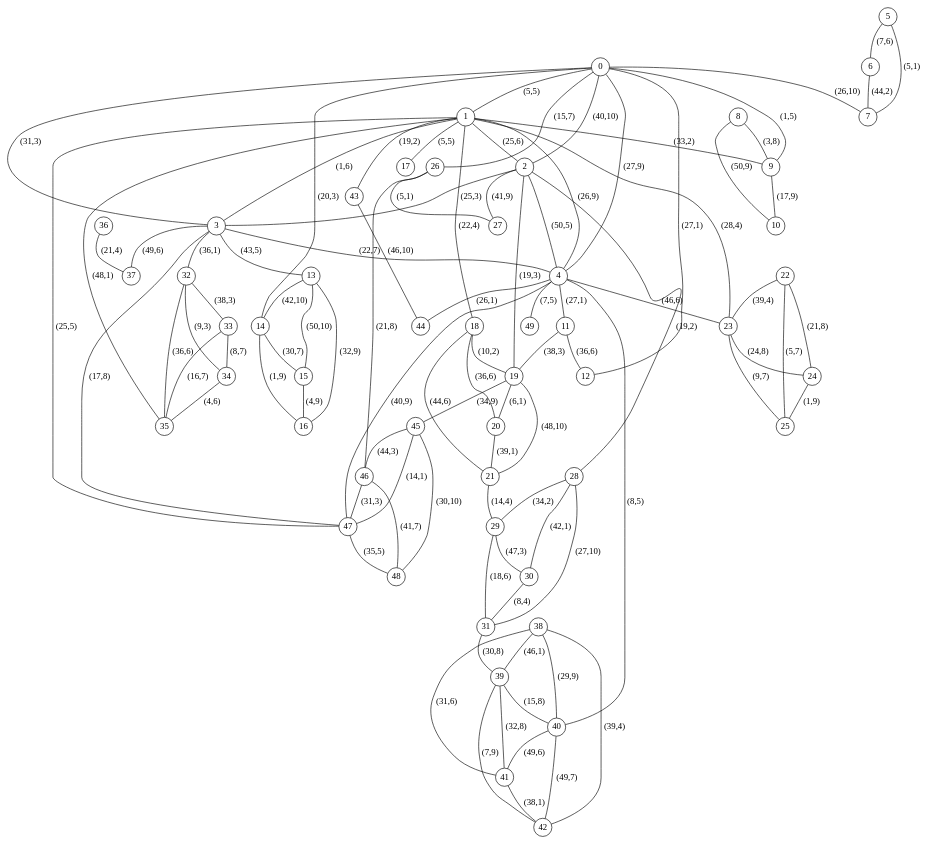
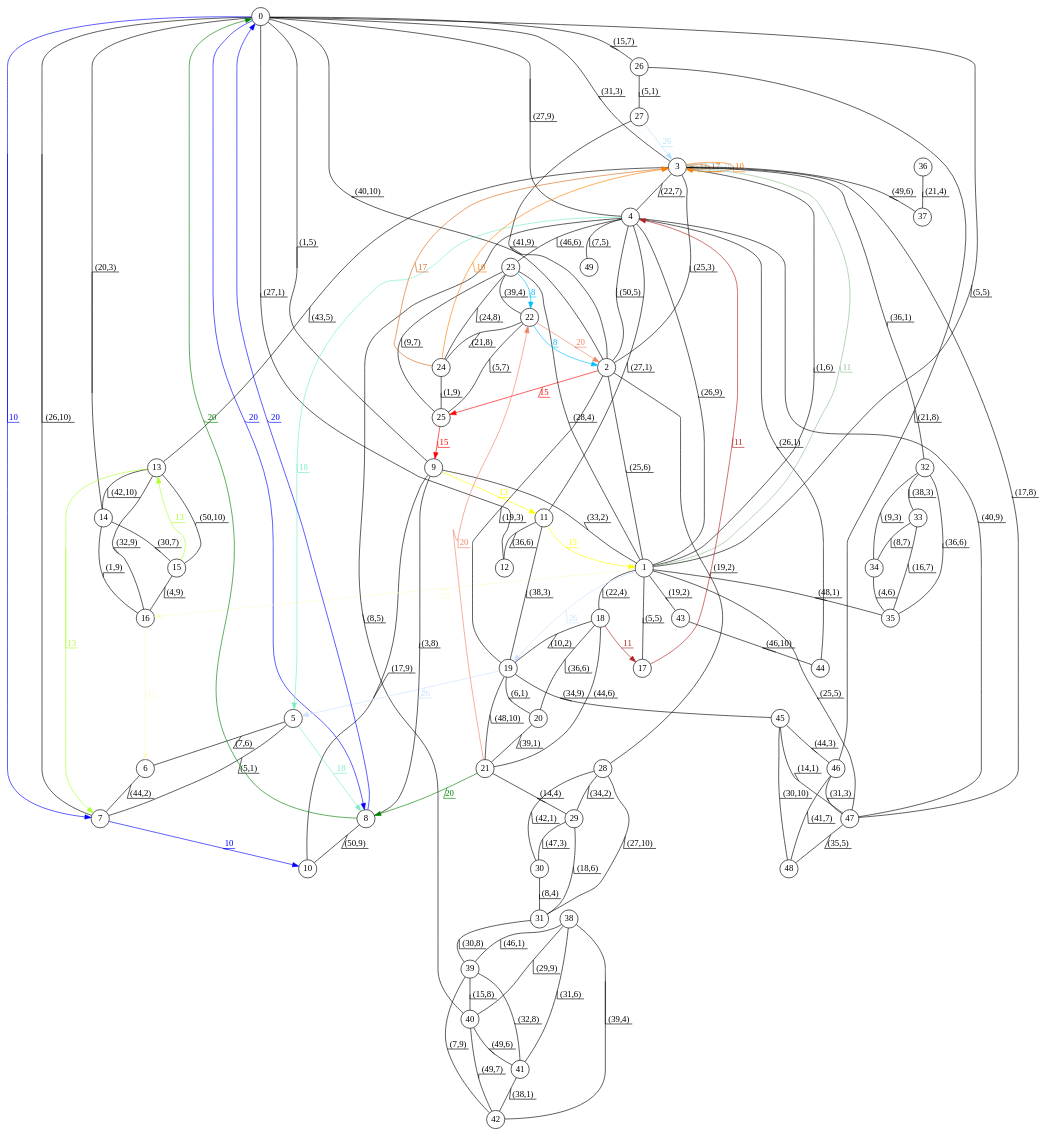
The diagram in ServerLayout/gvTest.dot (Chaomin702/ServerLayout), drawn with Graphviz before and after one commit. The commit also changed 3 other files, not shown here.

Commit message:
graphviz graph

```diff
--- a/ServerLayout/gvTest.dot
+++ b/ServerLayout/gvTest.dot
@@ -1,149 +1,198 @@
 digraph G {
 node [shape=circle,fixedsize=true,width=0.4];
+edge [decorate = true];
 0 -> 26[dir=none label="(15,7)"];
 0 -> 14[dir=none label="(20,3)"];
 0 -> 12[dir=none label="(27,1)"];
 0 -> 9[dir=none label="(1,5)"];
 0 -> 7[dir=none label="(26,10)"];
 0 -> 1[dir=none label="(5,5)"];
 0 -> 2[dir=none label="(40,10)"];
 0 -> 3[dir=none label="(31,3)"];
 0 -> 4[dir=none label="(27,9)"];
 
 1 -> 43[dir=none label="(19,2)"];
 1 -> 9[dir=none label="(33,2)"];
 1 -> 35[dir=none label="(48,1)"];
 1 -> 47[dir=none label="(25,5)"];
 1 -> 23[dir=none label="(28,4)"];
 1 -> 18[dir=none label="(22,4)"];
 1 -> 17[dir=none label="(5,5)"];
 1 -> 2[dir=none label="(25,6)"];
 1 -> 3[dir=none label="(1,6)"];
 1 -> 4[dir=none label="(26,9)"];
 
 2 -> 19[dir=none label="(19,3)"];
 2 -> 28[dir=none label="(19,2)"];
 2 -> 27[dir=none label="(41,9)"];
 2 -> 3[dir=none label="(25,3)"];
 2 -> 4[dir=none label="(50,5)"];
 
 3 -> 47[dir=none label="(17,8)"];
 3 -> 13[dir=none label="(43,5)"];
 3 -> 37[dir=none label="(49,6)"];
 3 -> 32[dir=none label="(36,1)"];
 3 -> 4[dir=none label="(22,7)"];
 
 4 -> 23[dir=none label="(46,6)"];
 4 -> 11[dir=none label="(27,1)"];
 4 -> 49[dir=none label="(7,5)"];
 4 -> 47[dir=none label="(40,9)"];
 4 -> 44[dir=none label="(26,1)"];
 4 -> 40[dir=none label="(8,5)"];
 
 5 -> 6[dir=none label="(7,6)"];
 5 -> 7[dir=none label="(5,1)"];
 
 6 -> 7[dir=none label="(44,2)"];
 
 
 8 -> 9[dir=none label="(3,8)"];
 8 -> 10[dir=none label="(50,9)"];
 
 9 -> 10[dir=none label="(17,9)"];
 
 
 11 -> 19[dir=none label="(38,3)"];
 11 -> 12[dir=none label="(36,6)"];
 
 
 13 -> 14[dir=none label="(42,10)"];
 13 -> 15[dir=none label="(50,10)"];
 13 -> 16[dir=none label="(32,9)"];
 
 14 -> 15[dir=none label="(30,7)"];
 14 -> 16[dir=none label="(1,9)"];
 
 15 -> 16[dir=none label="(4,9)"];
 
 
 
 18 -> 19[dir=none label="(10,2)"];
 18 -> 20[dir=none label="(36,6)"];
 18 -> 21[dir=none label="(44,6)"];
 
 19 -> 45[dir=none label="(34,9)"];
 19 -> 20[dir=none label="(6,1)"];
 19 -> 21[dir=none label="(48,10)"];
 
 20 -> 21[dir=none label="(39,1)"];
 
 21 -> 29[dir=none label="(14,4)"];
 
 22 -> 23[dir=none label="(39,4)"];
 22 -> 24[dir=none label="(21,8)"];
 22 -> 25[dir=none label="(5,7)"];
 
 23 -> 24[dir=none label="(24,8)"];
 23 -> 25[dir=none label="(9,7)"];
 
 24 -> 25[dir=none label="(1,9)"];
 
 
 26 -> 46[dir=none label="(21,8)"];
 26 -> 27[dir=none label="(5,1)"];
 
 
 28 -> 29[dir=none label="(34,2)"];
 28 -> 30[dir=none label="(42,1)"];
 28 -> 31[dir=none label="(27,10)"];
 
 29 -> 30[dir=none label="(47,3)"];
 29 -> 31[dir=none label="(18,6)"];
 
 30 -> 31[dir=none label="(8,4)"];
 
 31 -> 39[dir=none label="(30,8)"];
 
 32 -> 33[dir=none label="(38,3)"];
 32 -> 34[dir=none label="(9,3)"];
 32 -> 35[dir=none label="(36,6)"];
 
 33 -> 34[dir=none label="(8,7)"];
 33 -> 35[dir=none label="(16,7)"];
 
 34 -> 35[dir=none label="(4,6)"];
 
 
 36 -> 37[dir=none label="(21,4)"];
 
 
 38 -> 39[dir=none label="(46,1)"];
 38 -> 40[dir=none label="(29,9)"];
 38 -> 41[dir=none label="(31,6)"];
 38 -> 42[dir=none label="(39,4)"];
 
 39 -> 40[dir=none label="(15,8)"];
 39 -> 41[dir=none label="(32,8)"];
 39 -> 42[dir=none label="(7,9)"];
 
 40 -> 41[dir=none label="(49,6)"];
 40 -> 42[dir=none label="(49,7)"];
 
 41 -> 42[dir=none label="(38,1)"];
 
 
 43 -> 44[dir=none label="(46,10)"];
 
 
 45 -> 46[dir=none label="(44,3)"];
 45 -> 47[dir=none label="(14,1)"];
 45 -> 48[dir=none label="(30,10)"];
 
 46 -> 47[dir=none label="(31,3)"];
 46 -> 48[dir=none label="(41,7)"];
 
 47 -> 48[dir=none label="(35,5)"];
 
 
 
+edge [color = "blue" fontcolor = "blue"];
+0 -> 8[label=20];
+8 -> 0[label=20];
+edge [color = "green" fontcolor = "green"];
+21 -> 8[label=20];
+8 -> 0[label=20];
+edge [color = "yellow" fontcolor = "yellow"];
+9 -> 11[label=13];
+11 -> 1[label=13];
+edge [color = "salmon2" fontcolor = "salmon2"];
+21 -> 22[label=20];
+22 -> 2[label=20];
+edge [color = "deepskyblue" fontcolor = "deepskyblue"];
+23 -> 22[label=8];
+22 -> 2[label=8];
+edge [color = "darkseagreen" fontcolor = "darkseagreen"];
+1 -> 3[label=11];
+3 -> 3[label=11];
+edge [color = "chocolate" fontcolor = "chocolate"];
+24 -> 3[label=17];
+3 -> 3[label=17];
+edge [color = "lightskyblue1" fontcolor = "lightskyblue1"];
+27 -> 3[label=26];
+3 -> 3[label=26];
+edge [color = "darkorange1" fontcolor = "darkorange1"];
+24 -> 3[label=10];
+3 -> 3[label=10];
+edge [color = "firebrick" fontcolor = "firebrick"];
+18 -> 17[label=11];
+17 -> 4[label=11];
+edge [color = "lightsteelblue1" fontcolor = "lightsteelblue1"];
+1 -> 19[label=26];
+19 -> 5[label=26];
+edge [color = "lemonchiffon" fontcolor = "lemonchiffon"];
+1 -> 16[label=15];
+16 -> 6[label=15];
+edge [color = "greenyellow" fontcolor = "greenyellow"];
+15 -> 13[label=13];
+13 -> 7[label=13];
+edge [color = "aquamarine2" fontcolor = "aquamarine2"];
+4 -> 5[label=18];
+5 -> 8[label=18];
+edge [color = "red" fontcolor = "red"];
+2 -> 25[label=15];
+25 -> 9[label=15];
+edge [color = "blue" fontcolor = "blue"];
+0 -> 7[label=10];
+7 -> 10[label=10];
 }
```
